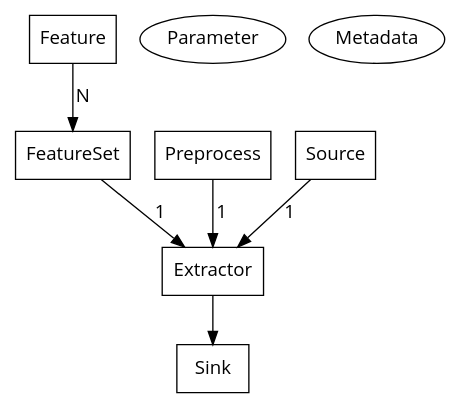
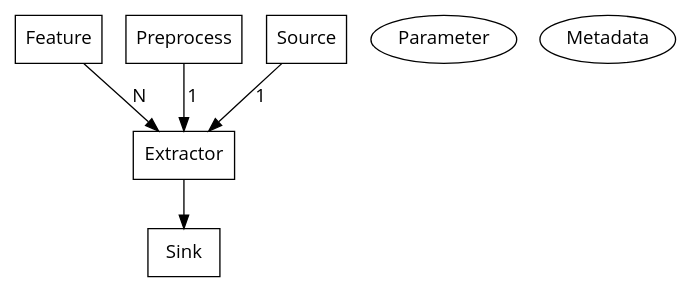
One commit to SiggiGue/sigfeat changed the diagram in docs/diagram.dot. Above: the diagram before and after it, drawn with Graphviz. The commit also changed 18 other files, not shown here.

```diff
--- a/docs/diagram.dot
+++ b/docs/diagram.dot
@@ -1,15 +1,13 @@
 digraph sigfeat {
-  F -> FS [label=" N" fontname="Open Sans"];
-  FS -> E [label=" 1" fontname="Open Sans"] ;
+  F -> E [label=" N" fontname="Open Sans"];
   Pre -> E [label=" 1" fontname="Open Sans"];
   Src -> E [label=" 1" fontname="Open Sans"];
   E -> Snk;
   P[label="Parameter" fontname="Open Sans"];
   M[label="Metadata" fontname="Open Sans"];
   F[label="Feature" shape=box fontname="Open Sans"];
-  FS[label="FeatureSet" shape=box fontname="Open Sans"];
   E[label="Extractor" shape=box fontname="Open Sans"];
   Pre[label="Preprocess" shape=box fontname="Open Sans"];
   Snk[label="Sink" shape=box fontname="Open Sans"];
   Src[label="Source" shape=box fontname="Open Sans"];
 }
```
